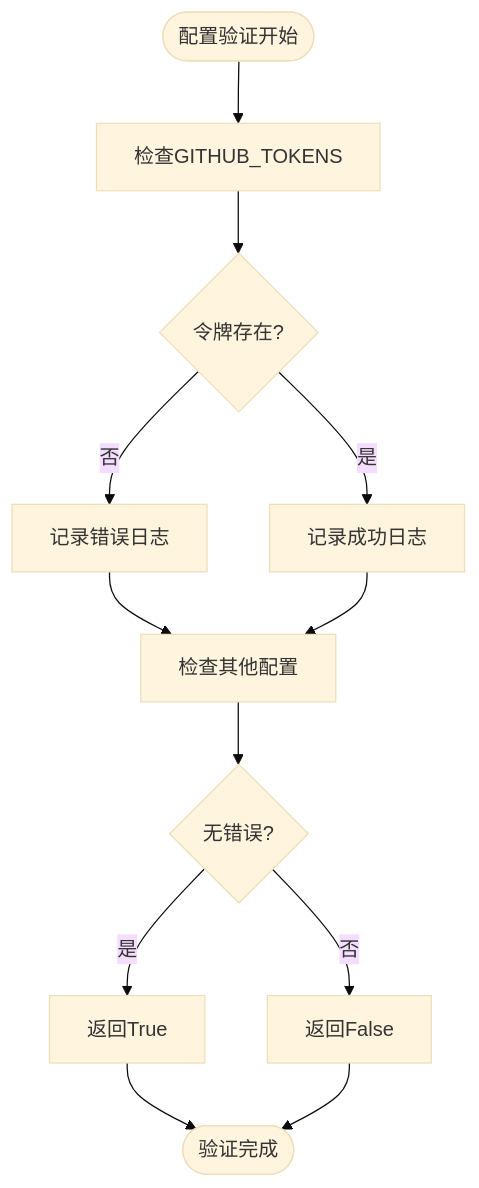
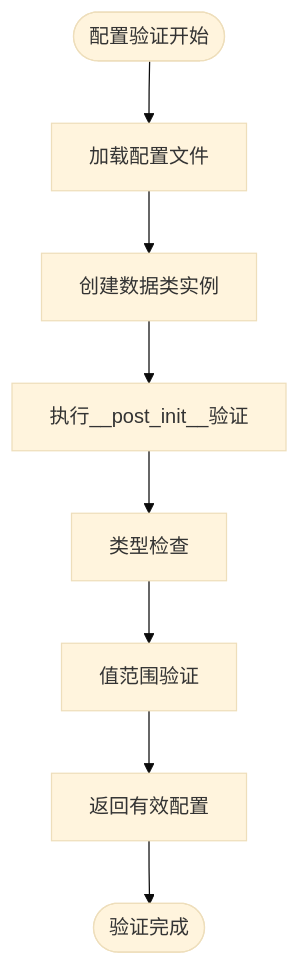
The fourth of 6 diagrams in .qoder/repowiki/zh/content/开发者指南/代码架构与模块设计/配置管理模块.md (james-6-23/APIKEY-king), drawn with Mermaid (base theme) before and after one commit. The commit also changed other lines of this file and 49 other files, not shown here.

````diff
--- a/.qoder/repowiki/zh/content/开发者指南/代码架构与模块设计/配置管理模块.md
+++ b/.qoder/repowiki/zh/content/开发者指南/代码架构与模块设计/配置管理模块.md
@@ -295,14 +285,10 @@
 ```mermaid
 flowchart TD
-Start([配置验证开始]) --> CheckGitHub["检查GITHUB_TOKENS"]
-CheckGitHub --> GitHubValid{令牌存在?}
-GitHubValid --> |否| LogGitHubError["记录错误日志"]
-GitHubValid --> |是| LogGitHubSuccess["记录成功日志"]
-LogGitHubError --> CheckOther["检查其他配置"]
-LogGitHubSuccess --> CheckOther
-CheckOther --> NoErrors{无错误?}
-NoErrors --> |是| ReturnTrue["返回True"]
-NoErrors --> |否| ReturnFalse["返回False"]
-ReturnTrue --> End([验证完成])
-ReturnFalse --> End
+Start([配置验证开始]) --> LoadConfig["加载配置文件"]
+LoadConfig --> CreateDataclass["创建数据类实例"]
+CreateDataclass --> PostInit["执行__post_init__验证"]
+PostInit --> CheckTypes["类型检查"]
+CheckTypes --> ValidateValues["值范围验证"]
+ValidateValues --> ReturnConfig["返回有效配置"]
+ReturnConfig --> End([验证完成])
 ```
````
